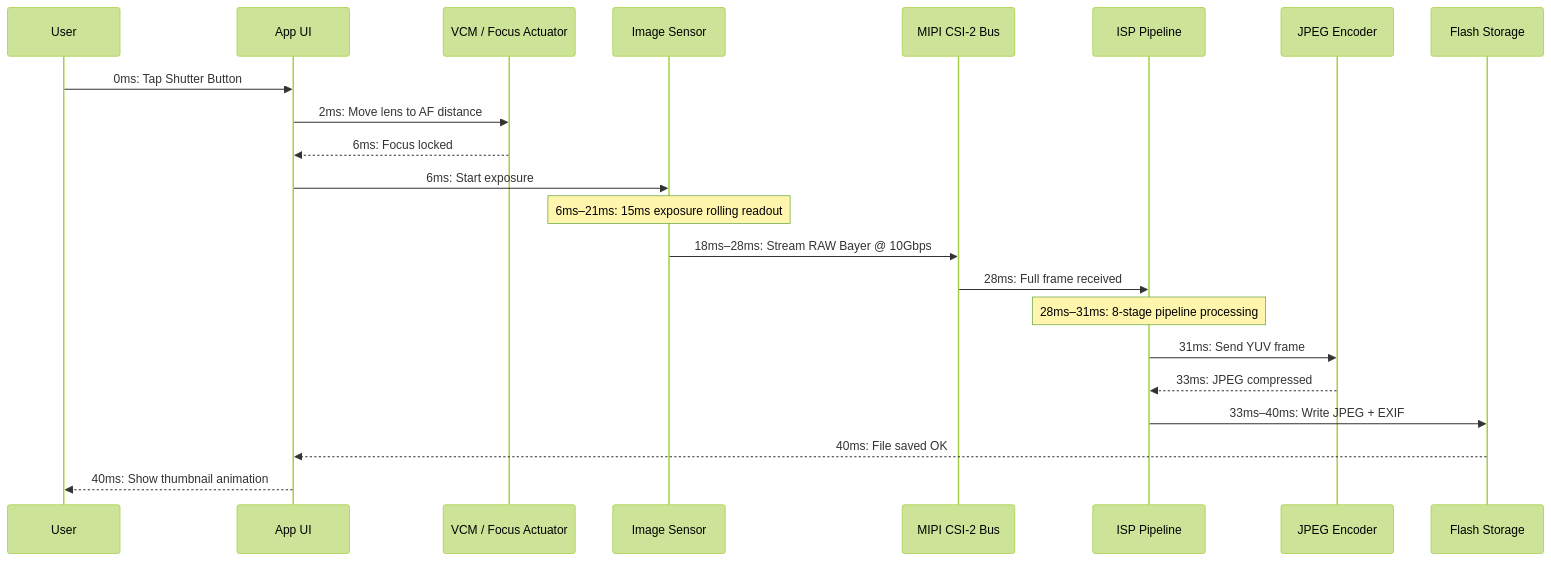
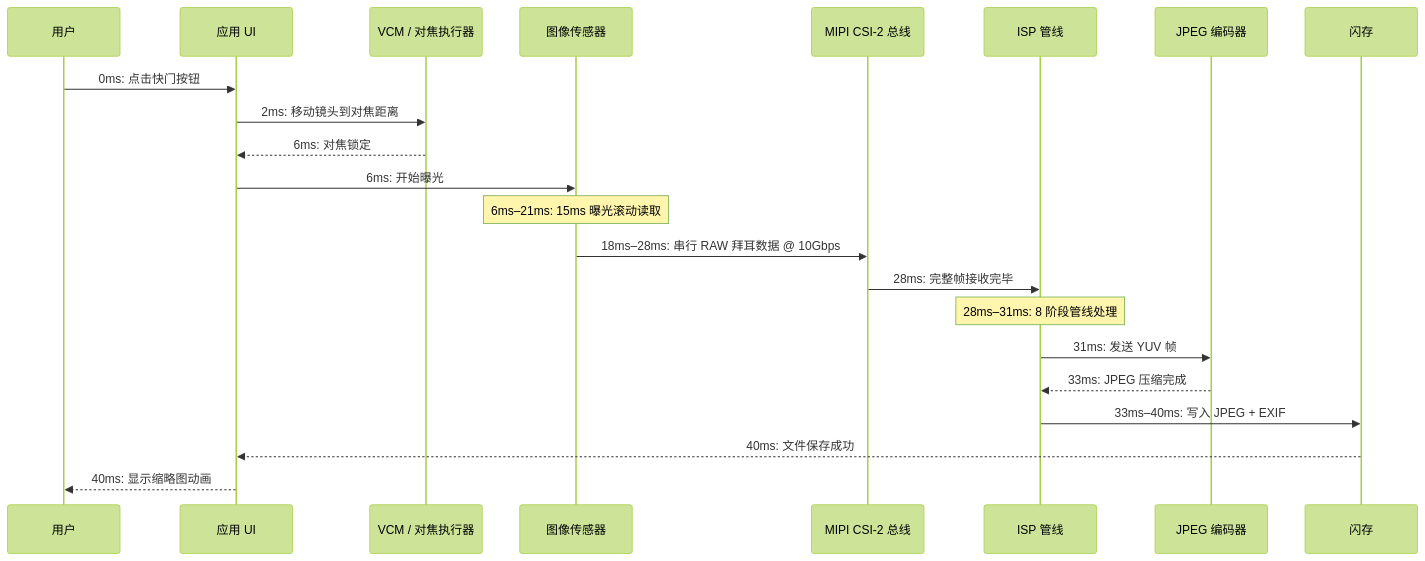
The fifth of 5 diagrams in website/i18n/zh-Hans/docusaurus-plugin-content-docs/current/camera2/understanding-smartphone-cameras.md (zoozooll/AndroidCameraParameters), drawn with Mermaid (forest theme) before and after one commit. The commit also changed other lines of this file and 378 other files, not shown here.

````diff
--- a/website/i18n/zh-Hans/docusaurus-plugin-content-docs/current/camera2/understanding-smartphone-cameras.md
+++ b/website/i18n/zh-Hans/docusaurus-plugin-content-docs/current/camera2/understanding-smartphone-cameras.md
@@ -228,25 +228,25 @@
 ```mermaid
 sequenceDiagram
-    participant User
-    participant UI as App UI
-    participant VCM as VCM / Focus Actuator
-    participant Sensor as Image Sensor
-    participant MIPI as MIPI CSI-2 Bus
-    participant ISP as ISP Pipeline
-    participant JPEG as JPEG Encoder
-    participant Storage as Flash Storage
-
-    User->>UI: 0ms: Tap Shutter Button
-    UI->>VCM: 2ms: Move lens to AF distance
-    VCM-->>UI: 6ms: Focus locked
-    UI->>Sensor: 6ms: Start exposure
-    Note over Sensor: 6ms–21ms: 15ms exposure rolling readout
-    Sensor->>MIPI: 18ms–28ms: Stream RAW Bayer @ 10Gbps
-    MIPI->>ISP: 28ms: Full frame received
-    Note over ISP: 28ms–31ms: 8-stage pipeline processing
-    ISP->>JPEG: 31ms: Send YUV frame
-    JPEG-->>ISP: 33ms: JPEG compressed
-    ISP->>Storage: 33ms–40ms: Write JPEG + EXIF
-    Storage-->>UI: 40ms: File saved OK
-    UI-->>User: 40ms: Show thumbnail animation
+    participant User as 用户
+    participant UI as 应用 UI
+    participant VCM as VCM / 对焦执行器
+    participant Sensor as 图像传感器
+    participant MIPI as MIPI CSI-2 总线
+    participant ISP as ISP 管线
+    participant JPEG as JPEG 编码器
+    participant Storage as 闪存
+    
+    User->>UI: 0ms: 点击快门按钮
+    UI->>VCM: 2ms: 移动镜头到对焦距离
+    VCM-->>UI: 6ms: 对焦锁定
+    UI->>Sensor: 6ms: 开始曝光
+    Note over Sensor: 6ms–21ms: 15ms 曝光滚动读取
+    Sensor->>MIPI: 18ms–28ms: 串行 RAW 拜耳数据 @ 10Gbps
+    MIPI->>ISP: 28ms: 完整帧接收完毕
+    Note over ISP: 28ms–31ms: 8 阶段管线处理
+    ISP->>JPEG: 31ms: 发送 YUV 帧
+    JPEG-->>ISP: 33ms: JPEG 压缩完成
+    ISP->>Storage: 33ms–40ms: 写入 JPEG + EXIF
+    Storage-->>UI: 40ms: 文件保存成功
+    UI-->>User: 40ms: 显示缩略图动画
 ```
````
